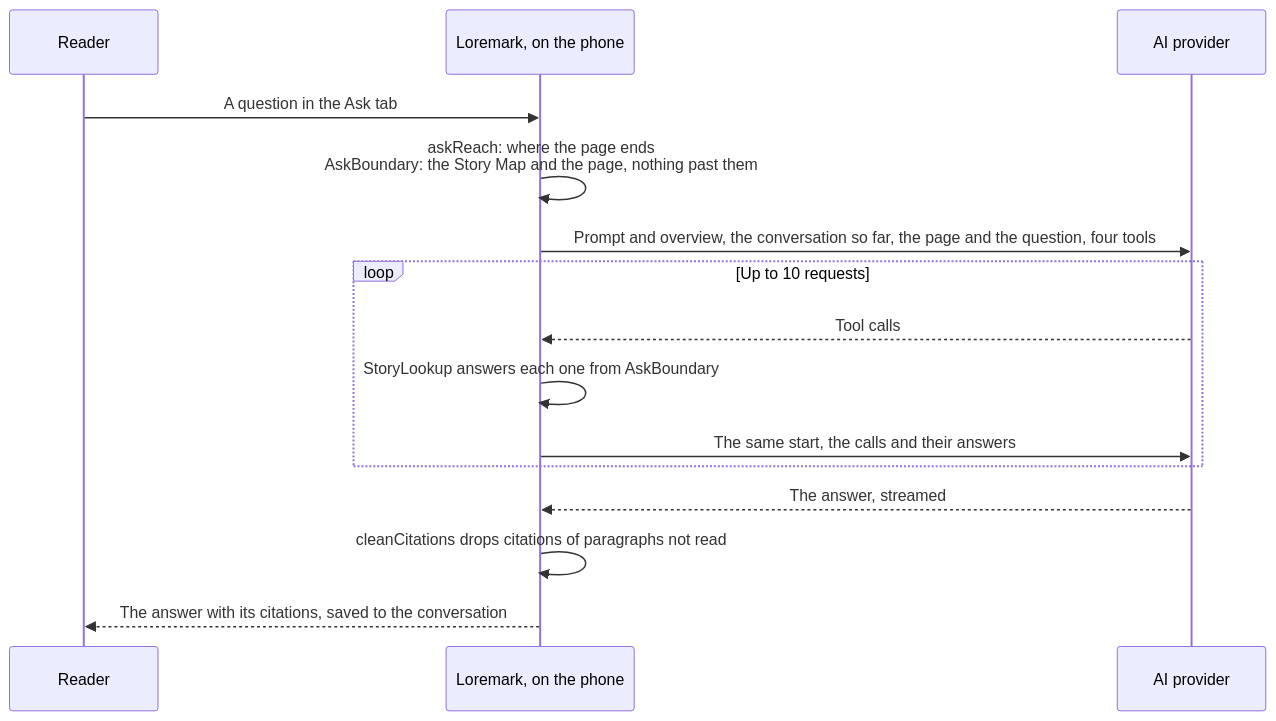
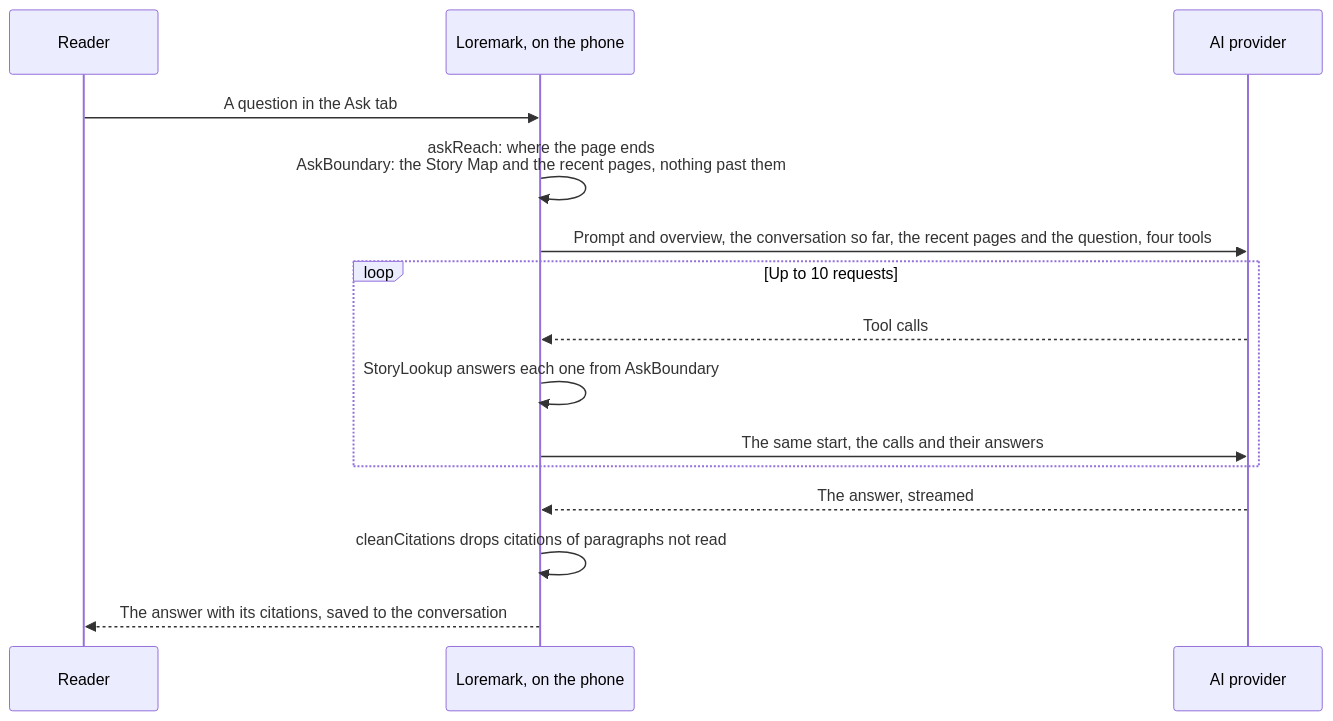
Before and after one commit to bennyxzeng/Loremark: the diagram in docs/ask.md, drawn with Mermaid. The commit also changed other lines of this file and 20 other files, not shown here.

First line of the commit message:
feat: number the recent pages Ask sends, and open the lines it cites

````diff
--- a/docs/ask.md
+++ b/docs/ask.md
@@ -50,17 +50,17 @@
 ```mermaid
 sequenceDiagram
     participant R as Reader
     participant A as Loremark, on the phone
     participant P as AI provider
     R->>A: A question in the Ask tab
-    A->>A: askReach: where the page ends<br/>AskBoundary: the Story Map and the page, nothing past them
-    A->>P: Prompt and overview, the conversation so far, the page and the question, four tools
+    A->>A: askReach: where the page ends<br/>AskBoundary: the Story Map and the recent pages, nothing past them
+    A->>P: Prompt and overview, the conversation so far, the recent pages and the question, four tools
     loop Up to 10 requests
         P-->>A: Tool calls
         A->>A: StoryLookup answers each one from AskBoundary
         A->>P: The same start, the calls and their answers
     end
     P-->>A: The answer, streamed
     A->>A: cleanCitations drops citations of paragraphs not read
     A-->>R: The answer with its citations, saved to the conversation
 ```
````
